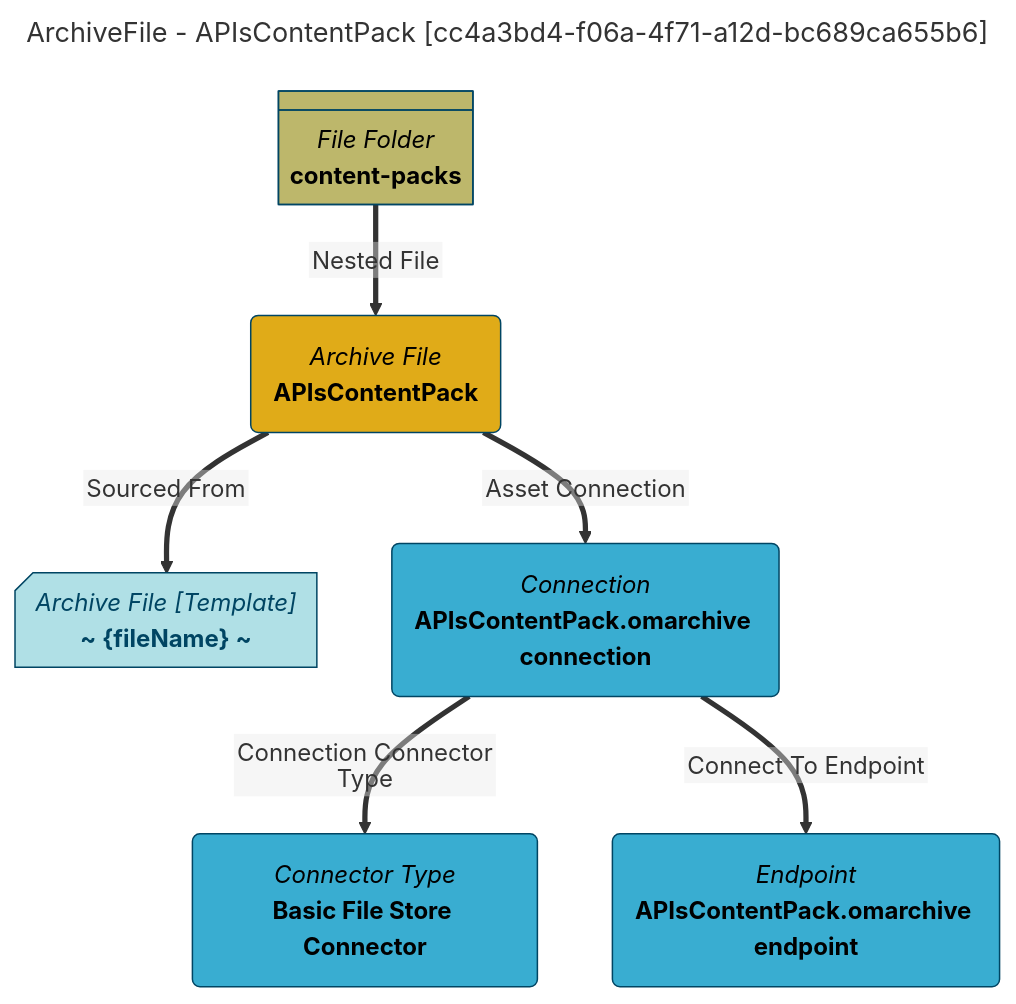
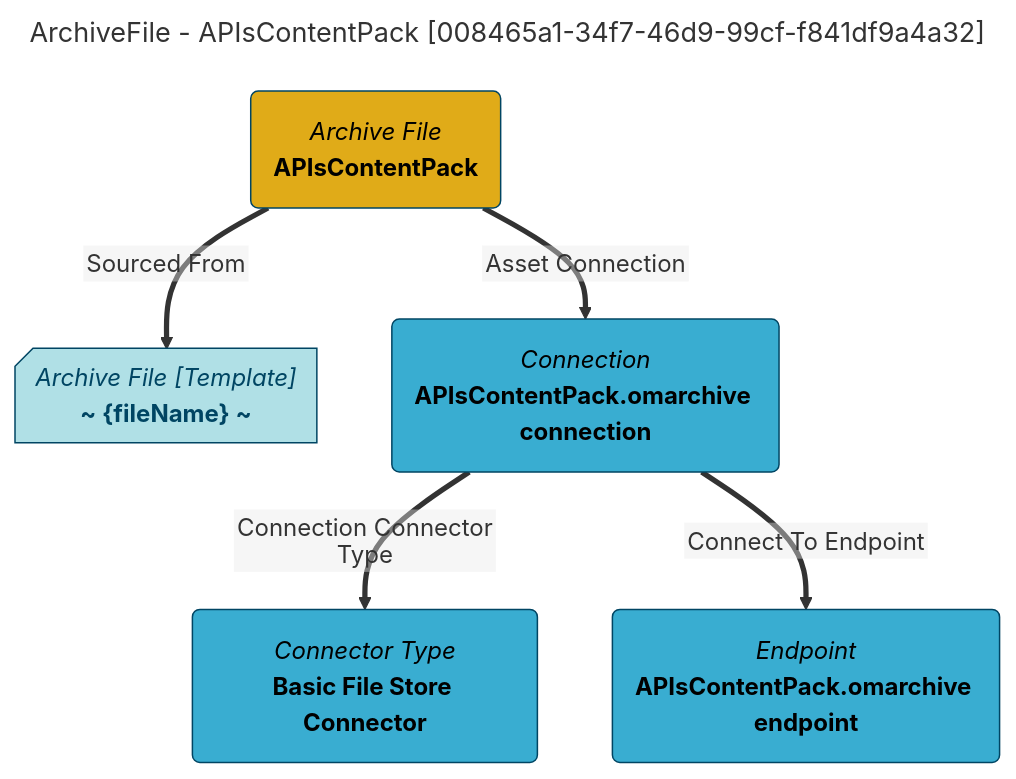
One commit to odpi/egeria-docs changed the diagram in site/snippets/data-assets/apiscontentpack-mermaid-graph.md. Above: the diagram before and after it, drawn with Mermaid. The commit also changed 2201 other files, not shown here.

````diff
--- a/site/snippets/data-assets/apiscontentpack-mermaid-graph.md
+++ b/site/snippets/data-assets/apiscontentpack-mermaid-graph.md
@@ -1,31 +1,27 @@
 ```mermaid
 ---
-title: ArchiveFile - APIsContentPack [cc4a3bd4-f06a-4f71-a12d-bc689ca655b6]
+title: ArchiveFile - APIsContentPack [008465a1-34f7-46d9-99cf-f841df9a4a32]
 ---
 flowchart TD
 %%{init: {"flowchart": {"htmlLabels": false}} }%%
 
 1@{ shape: rounded, label: "*Archive File*
 **APIsContentPack**"}
 2@{ shape: card, label: "*Archive File [Template]*
 **~ {fileName} ~**"}
 1==>|"Sourced From"|2
 3@{ shape: rounded, label: "*Connection*
 **APIsContentPack.omarchive connection**"}
 1==>|"Asset Connection"|3
 4@{ shape: rounded, label: "*Connector Type*
 **Basic File Store Connector**"}
 3==>|"Connection Connector Type"|4
 5@{ shape: rounded, label: "*Endpoint*
 **APIsContentPack.omarchive endpoint**"}
 3==>|"Connect To Endpoint"|5
-6@{ shape: div-rect, label: "*File Folder*
-**content-packs**"}
-6==>|"Nested File"|1
 style 1 color:#000000, fill:#e0ab18, stroke:#004563
 style 2 color:#004563, fill:#b0e0e6, stroke:#004563
 style 3 color:#000000, fill:#39add1, stroke:#004563
 style 4 color:#000000, fill:#39add1, stroke:#004563
 style 5 color:#000000, fill:#39add1, stroke:#004563
-style 6 color:#000000, fill:#bdb76b, stroke:#004563
 ```
````
